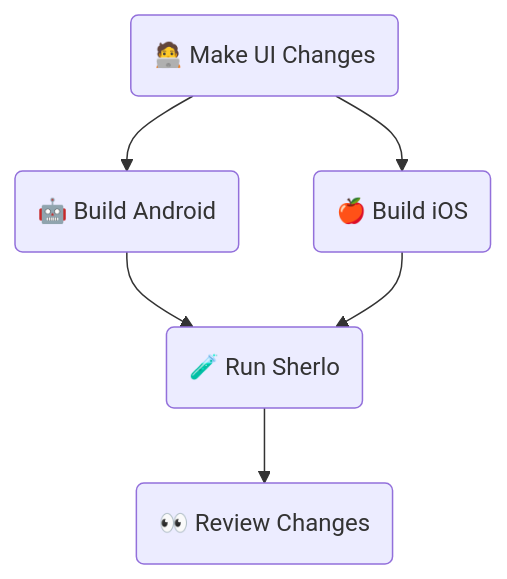
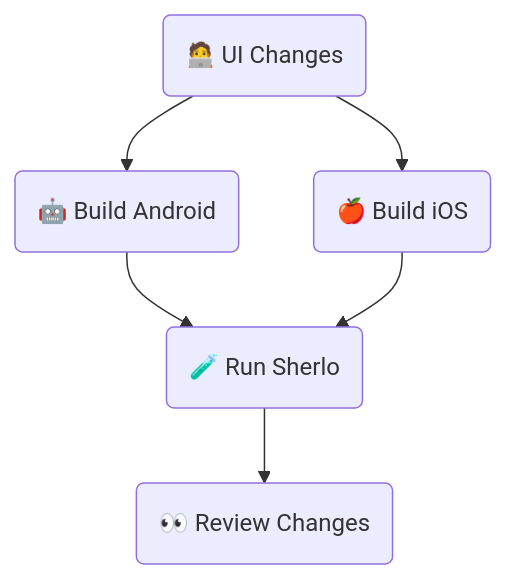
Before and after one commit to sherlo-io/sherlo: the first of 4 diagrams in examples/standard/README.md, drawn with Mermaid.

Commit message:
no message

````diff
--- a/examples/standard/README.md
+++ b/examples/standard/README.md
@@ -9,14 +9,14 @@
 ```mermaid
 flowchart TD
-    UI(🧑‍💻 Make UI Changes)
-    Android(🤖 Build Android)
-    iOS(🍎 Build iOS)
-    Sherlo(🧪 Run Sherlo)
-    Review(👀 Review Changes)
+    UI(🧑‍💻  UI Changes)
+    Android(🤖  Build Android)
+    iOS(🍎  Build iOS)
+    Sherlo(🧪  Run Sherlo)
+    Review(👀  Review Changes)
 
     UI --> Android
     UI --> iOS
     Android --> Sherlo
     iOS --> Sherlo
     Sherlo --> Review
 ```
````
